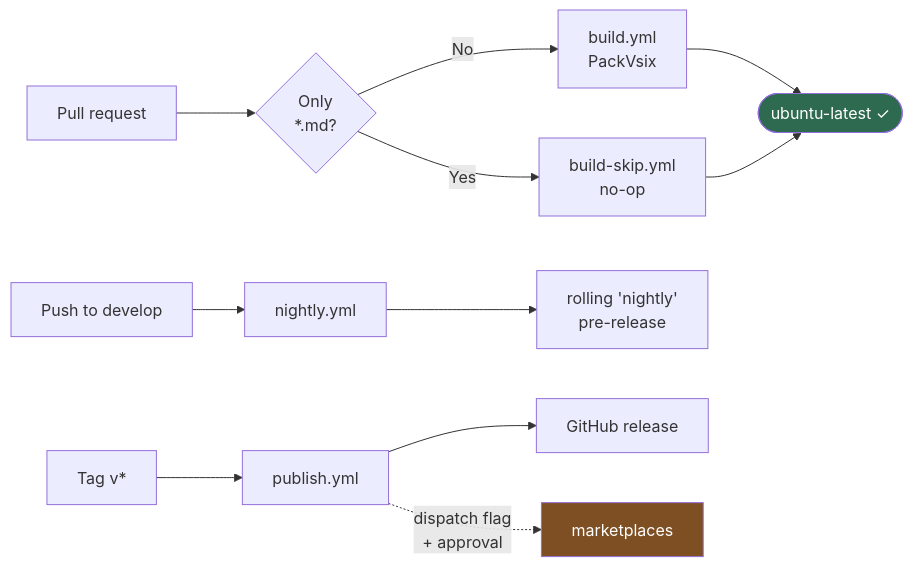
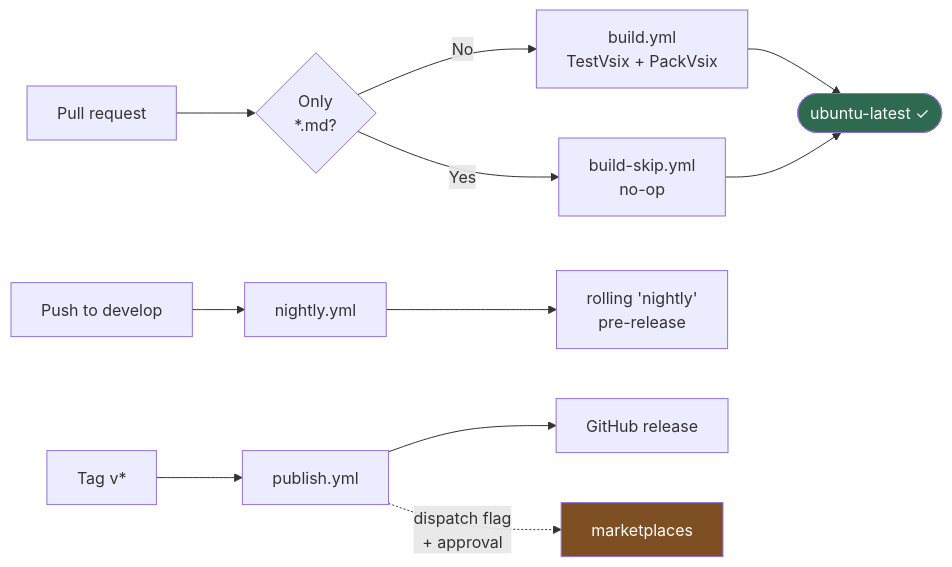
Before and after one commit to Fallout-build/Fallout.Extensions.VSCode: the first of 2 diagrams in docs/ci.md, drawn with Mermaid. The commit also changed other lines of this file and 24 other files, not shown here.

First line of the commit message:
Test run config, tree, graph contract and webview; fix graph node clicks (#39)

````diff
--- a/docs/ci.md
+++ b/docs/ci.md
@@ -16,18 +16,18 @@
 ```mermaid
 flowchart LR
     PR["Pull request"] --> G{"Only<br/>*.md?"}
-    G -->|No| B["build.yml<br/>PackVsix"]
+    G -->|No| B["build.yml<br/>TestVsix + PackVsix"]
     G -->|Yes| S["build-skip.yml<br/>no-op"]
     B --> C(["ubuntu-latest ✓"])
     S --> C
 
     D["Push to develop"] --> P["nightly.yml"]
     P --> PR2["rolling 'nightly'<br/>pre-release"]
 
     T["Tag v*"] --> V["publish.yml"]
     V --> R["GitHub release"]
     V -.->|"dispatch flag<br/>+ approval"| M["marketplaces"]
 
     style C fill:#2d6a4f,color:#fff
     style M fill:#7f4f24,color:#fff
 ```
````
